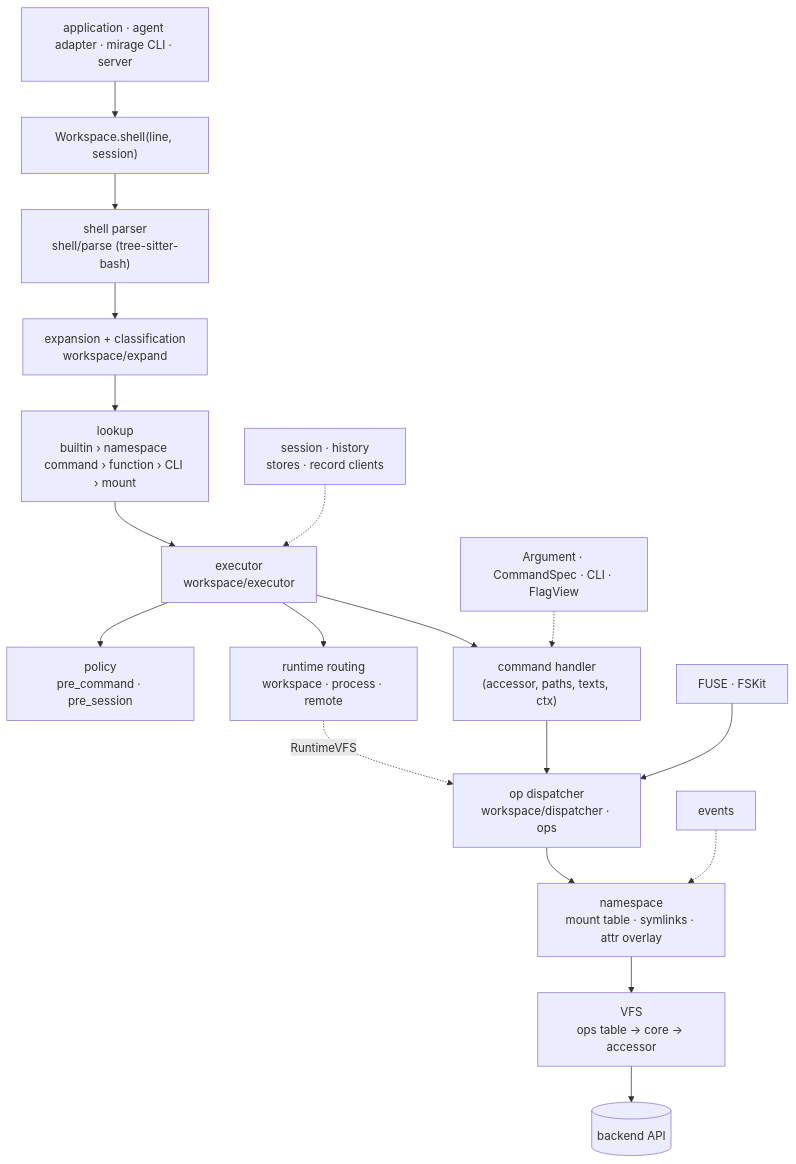
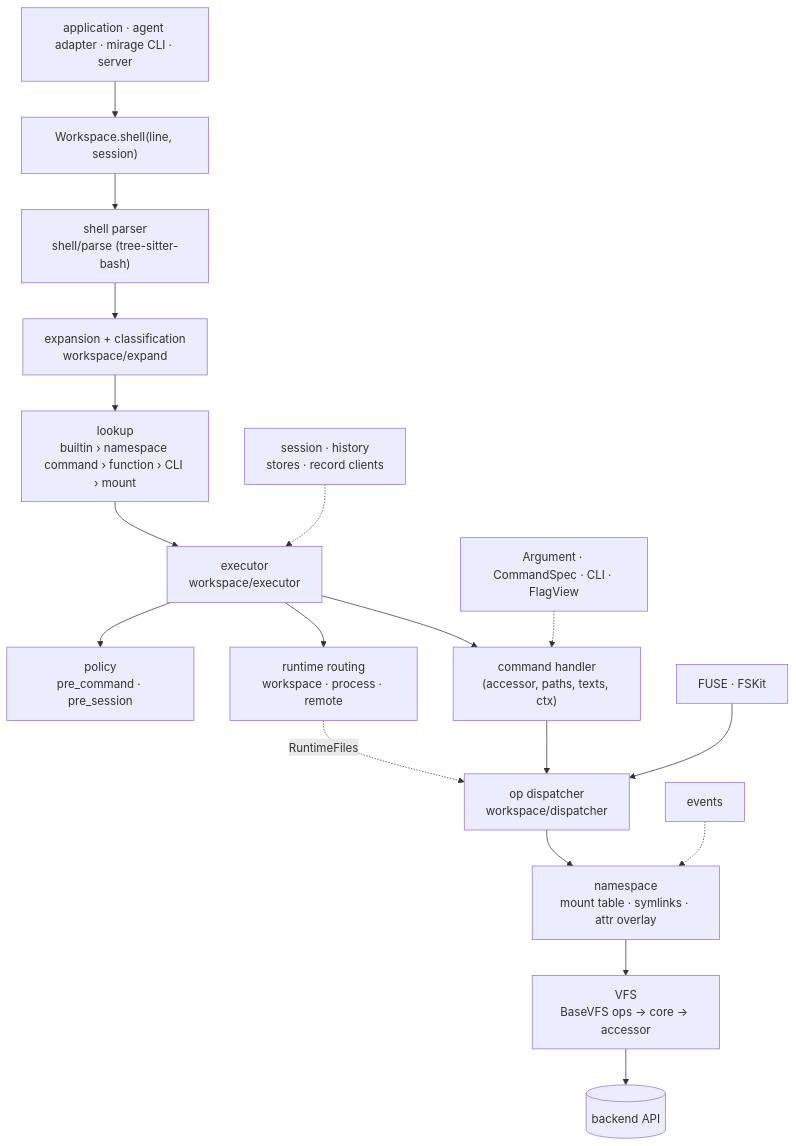
Before and after one commit to bytecii/mirage: the first of 2 diagrams in CLAUDE.md, drawn with Mermaid. The commit also changed other lines of this file and 243 other files, not shown here.

````diff
--- a/CLAUDE.md
+++ b/CLAUDE.md
@@ -257,20 +261,20 @@
 ```mermaid
 flowchart TD
     App["application · agent adapter · mirage CLI · server"] --> WS["Workspace.shell(line, session)"]
     WS --> Parse["shell parser<br/>shell/parse (tree-sitter-bash)"]
     Parse --> Expand["expansion + classification<br/>workspace/expand"]
     Expand --> Lookup["lookup<br/>builtin › namespace command › function › CLI › mount"]
     Lookup --> Exec["executor<br/>workspace/executor"]
     Exec --> Policy["policy<br/>pre_command · pre_session"]
     Exec --> Runtime["runtime routing<br/>workspace · process · remote"]
     Exec --> Handler["command handler<br/>(accessor, paths, texts, ctx)"]
     Spec["Argument · CommandSpec · CLI · FlagView"] -.-> Handler
-    Handler --> Dispatch["op dispatcher<br/>workspace/dispatcher · ops"]
-    Runtime -. RuntimeVFS .-> Dispatch
+    Handler --> Dispatch["op dispatcher<br/>workspace/dispatcher"]
+    Runtime -. RuntimeFiles .-> Dispatch
     FUSE["FUSE · FSKit"] --> Dispatch
     Dispatch --> NS["namespace<br/>mount table · symlinks · attr overlay"]
-    NS --> VFS["VFS<br/>ops table → core → accessor"]
+    NS --> VFS["VFS<br/>BaseVFS ops → core → accessor"]
     VFS --> Backend[("backend API")]
     Events["events"] -.-> NS
     Session["session · history<br/>stores · record clients"] -.-> Exec
 ```
````
